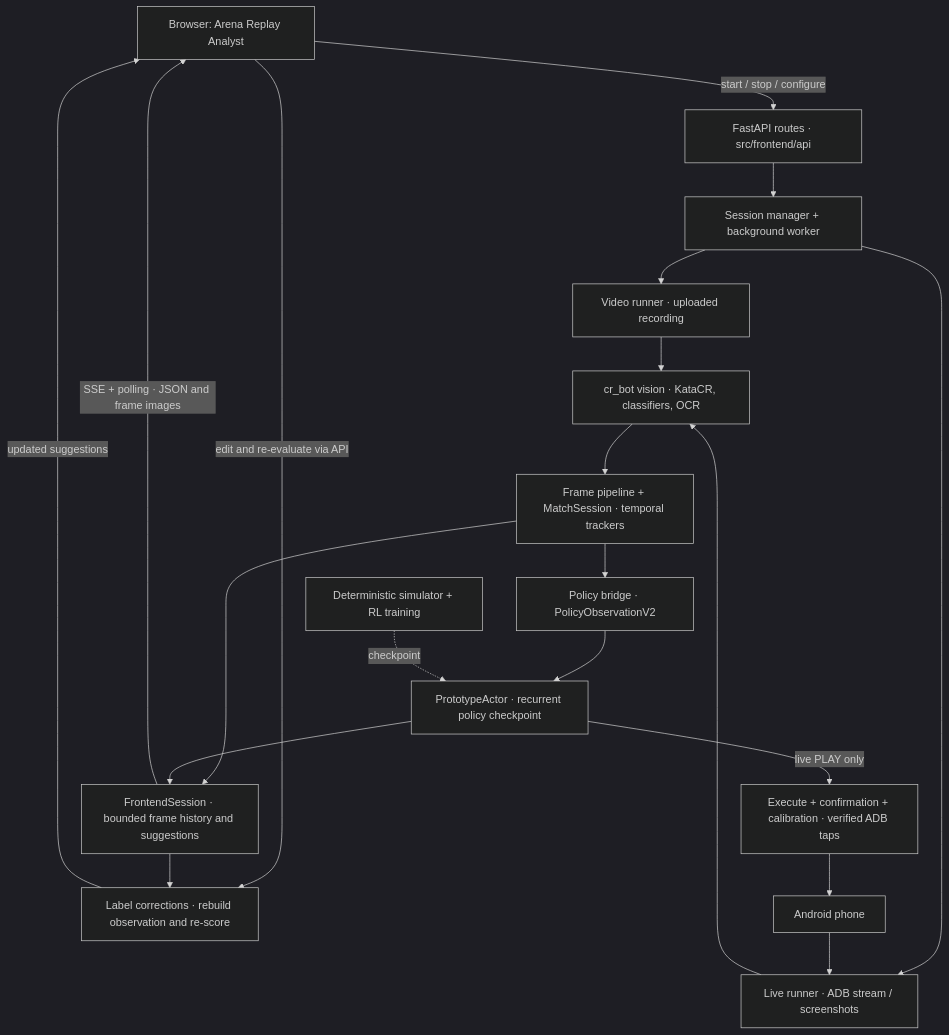
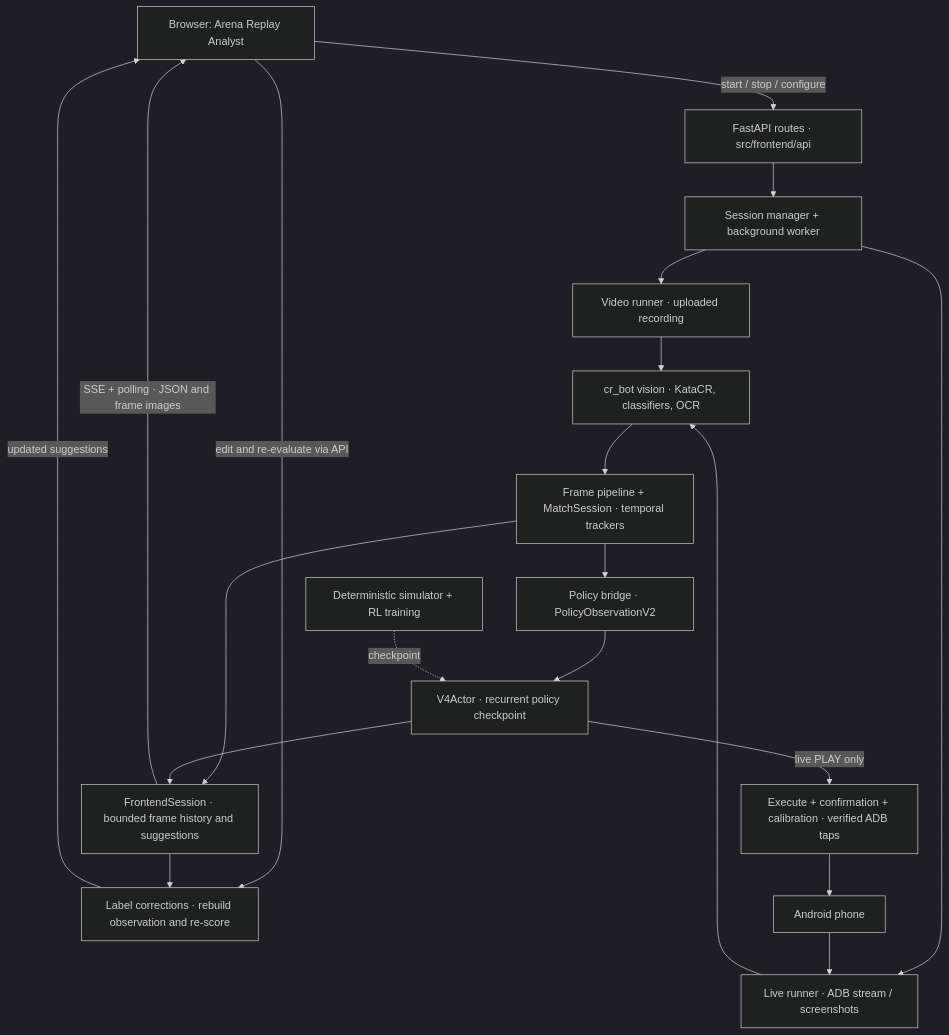
Before and after one commit to Keschler/cr-bot: the diagram in README.md, drawn with Mermaid (dark theme). The commit also changed other lines of this file and 11 other files, not shown here.

````diff
--- a/README.md
+++ b/README.md
@@ -295,34 +288,34 @@
 ```mermaid
 flowchart TD
     UI["Browser: Arena Replay Analyst"]
     API["FastAPI routes · src/frontend/api"]
     Session["Session manager + background worker"]
     Video["Video runner · uploaded recording"]
     Live["Live runner · ADB stream / screenshots"]
     Vision["cr_bot vision · KataCR, classifiers, OCR"]
     Tracking["Frame pipeline + MatchSession · temporal trackers"]
     Bridge["Policy bridge · PolicyObservationV2"]
-    Actor["PrototypeActor · recurrent policy checkpoint"]
+    Actor["V4Actor · recurrent policy checkpoint"]
     Frames["FrontendSession · bounded frame history and suggestions"]
     Edits["Label corrections · rebuild observation and re-score"]
     Control["Execute + confirmation + calibration · verified ADB taps"]
     Phone["Android phone"]
     Training["Deterministic simulator + RL training"]
 
     UI -->|start / stop / configure| API
     API --> Session
     Session --> Video
     Session --> Live
     Phone --> Live
     Video --> Vision
     Live --> Vision
     Vision --> Tracking --> Bridge --> Actor
     Tracking --> Frames
     Actor --> Frames
     Frames -->|SSE + polling · JSON and frame images| UI
     UI -->|edit and re-evaluate via API| Edits
     Frames --> Edits
     Edits -->|updated suggestions| UI
     Actor -->|live PLAY only| Control --> Phone
     Training -.->|checkpoint| Actor
 ```
````
